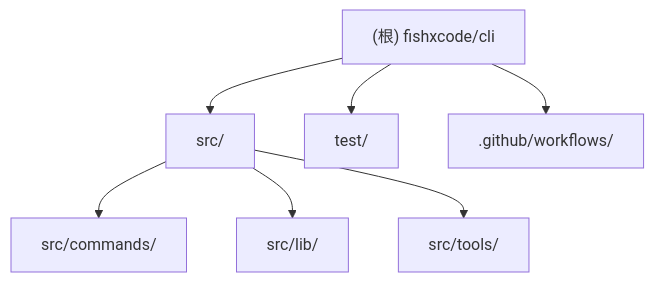
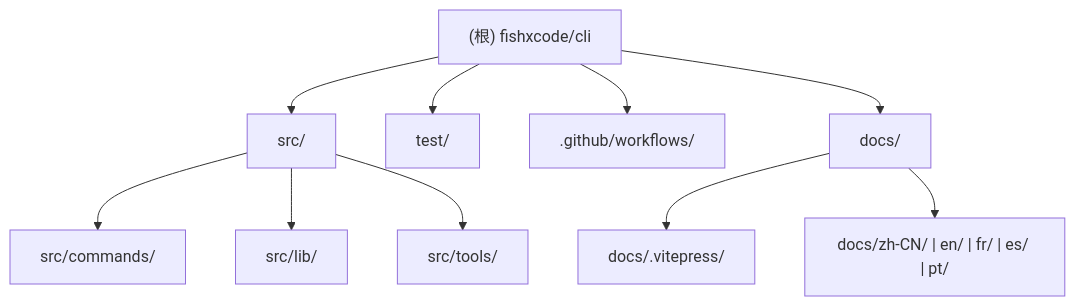
Before and after one commit to fishxcode/fishxcode-cli: the diagram in CLAUDE.md, drawn with Mermaid. The commit also changed other lines of this file and 16 other files, not shown here.

````diff
--- a/CLAUDE.md
+++ b/CLAUDE.md
@@ -36,14 +36,18 @@
 ```mermaid
 graph TD
     A["(根) fishxcode/cli"] --> B["src/"]
     B --> C["src/commands/"]
     B --> D["src/lib/"]
     B --> E["src/tools/"]
     A --> F["test/"]
     A --> G[".github/workflows/"]
+    A --> H["docs/"]
+    H --> I["docs/.vitepress/"]
+    H --> J["docs/zh-CN/ | en/ | fr/ | es/ | pt/"]
 
     click C "./src/commands/CLAUDE.md" "查看 commands 模块文档"
     click D "./src/lib/CLAUDE.md" "查看 lib 模块文档"
     click E "./src/tools/CLAUDE.md" "查看 tools 模块文档"
     click F "./test/CLAUDE.md" "查看 test 模块文档"
+    click H "./docs/CLAUDE.md" "查看 docs 模块文档"
 ```
````
